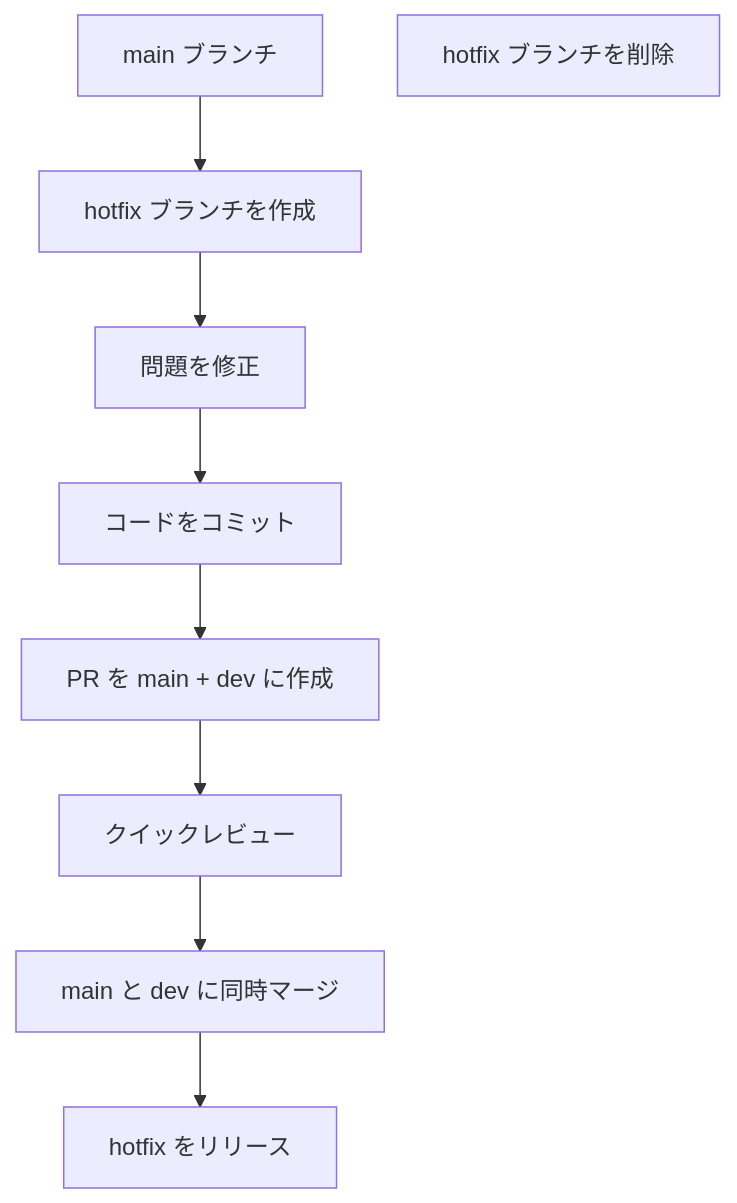
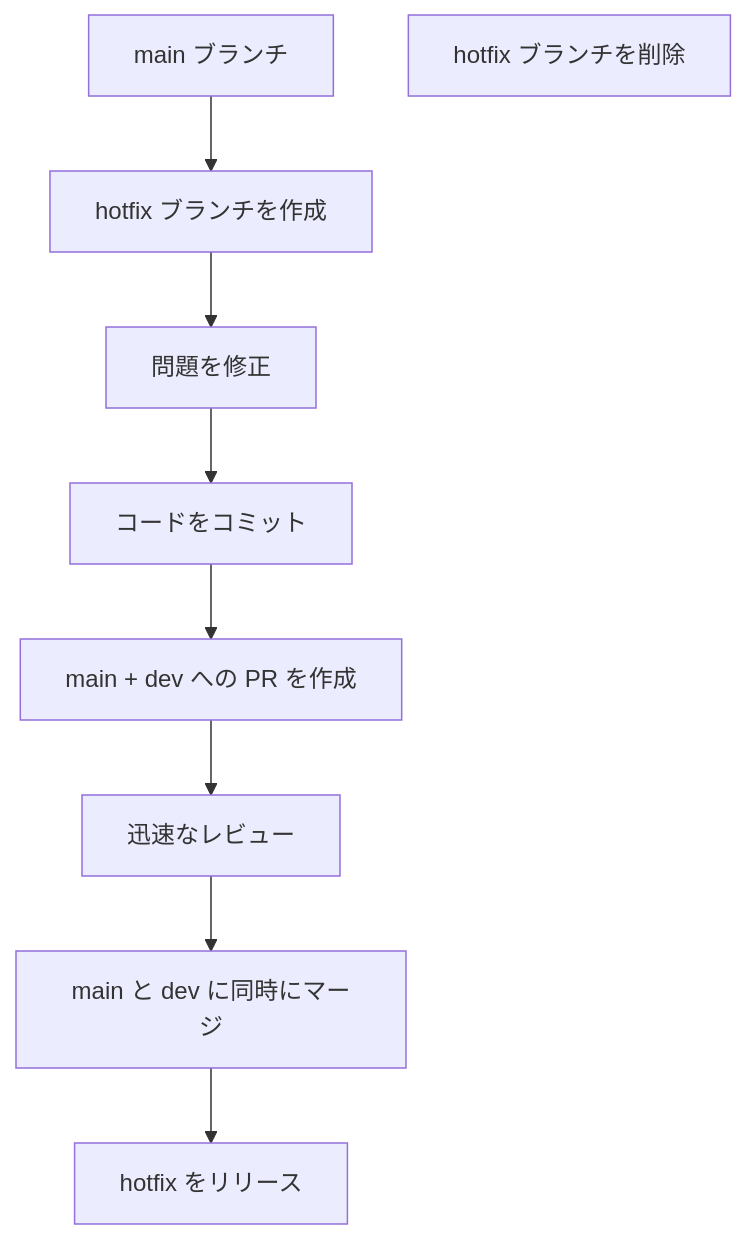
The second of 3 diagrams in docs/src/ja/dev/branch-maintenance-guide.md (ChenXu233/YaoXiang), drawn with Mermaid before and after one commit. The commit also changed other lines of this file and 142 other files, not shown here.

````diff
--- a/docs/src/ja/dev/branch-maintenance-guide.md
+++ b/docs/src/ja/dev/branch-maintenance-guide.md
@@ -167,11 +167,11 @@
 ```mermaid
 graph TD
     A[main ブランチ] --> B[hotfix ブランチを作成]
     B --> C[問題を修正]
     C --> D[コードをコミット]
-    D --> E[PR を main + dev に作成]
-    E --> F[クイックレビュー]
-    F --> G[main と dev に同時マージ]
+    D --> E[main + dev への PR を作成]
+    E --> F[迅速なレビュー]
+    F --> G[main と dev に同時にマージ]
     G --> H[hotfix をリリース]
     I[hotfix ブランチを削除]
 ```
````
